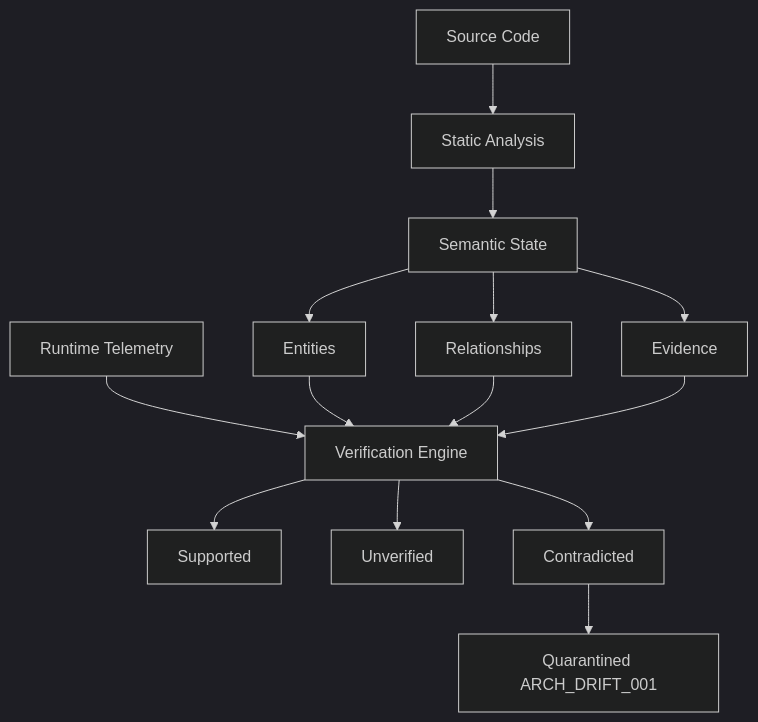
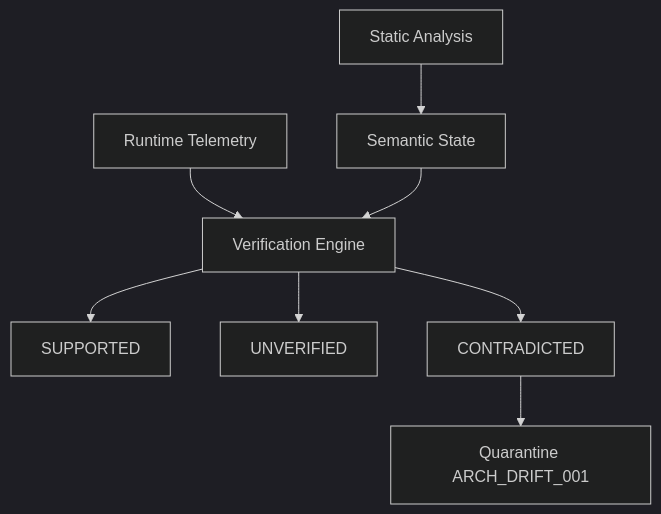
One commit to myshra777-ai/garuda changed the fifth of 5 diagrams in README.md. Above: the diagram before and after it, drawn with Mermaid (dark theme). The commit also changed other lines of this file, not shown here.

````diff
--- a/README.md
+++ b/README.md
@@ -325,18 +321,12 @@
 ```mermaid
 flowchart TD
-    SOURCE["Source Code"] --> STATIC["Static Analysis"]
-    STATIC --> GRAPH["Semantic State"]
-    GRAPH --> ENTITIES["Entities"]
-    GRAPH --> RELATIONSHIPS["Relationships"]
-    GRAPH --> EVIDENCE["Evidence"]
+    STATIC["Static Analysis"] --> SEMANTIC["Semantic State"]
+    RUNTIME["Runtime Telemetry"] --> ENGINE["Verification Engine"]
+    SEMANTIC --> ENGINE
 
-    RUNTIME["Runtime Telemetry"] --> VERIFY["Verification Engine"]
-    ENTITIES --> VERIFY
-    RELATIONSHIPS --> VERIFY
-    EVIDENCE --> VERIFY
+    ENGINE --> SUPPORTED["SUPPORTED"]
+    ENGINE --> UNVERIFIED["UNVERIFIED"]
+    ENGINE --> CONTRADICTED["CONTRADICTED"]
 
-    VERIFY --> SUPPORTED["Supported"]
-    VERIFY --> UNVERIFIED["Unverified"]
-    VERIFY --> CONTRADICTED["Contradicted"]
-    CONTRADICTED --> QUARANTINE["Quarantined ARCH_DRIFT_001"]
+    CONTRADICTED --> QUARANTINE["Quarantine ARCH_DRIFT_001"]
 ```
````
